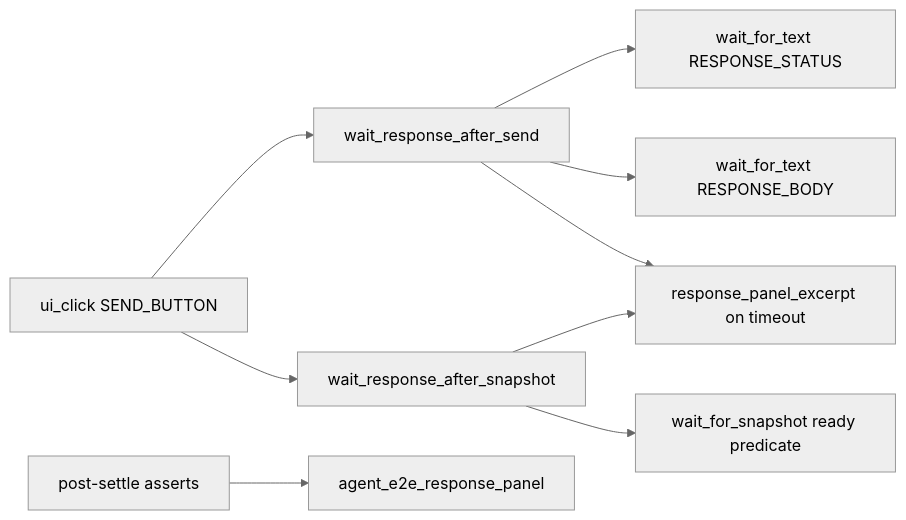
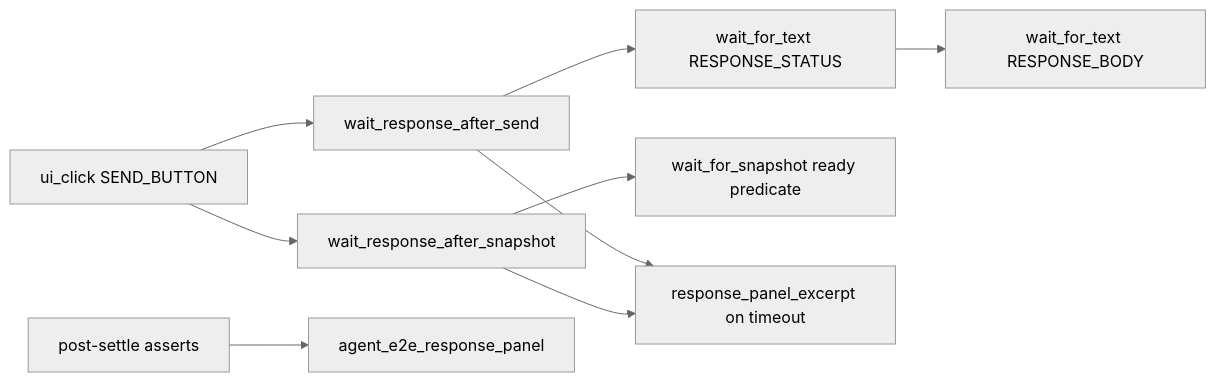
The diagram in doc/dev/agent_e2e_send_settle.md (koctep/pypost), drawn with Mermaid (neutral theme) before and after one commit. The commit also changed other lines of this file and 10 other files, not shown here.

````diff
--- a/doc/dev/agent_e2e_send_settle.md
+++ b/doc/dev/agent_e2e_send_settle.md
@@ -23,11 +23,11 @@
 ```mermaid
 flowchart LR
   Send[ui_click SEND_BUTTON] --> Text[wait_response_after_send]
   Send --> Snap[wait_response_after_snapshot]
   Text --> Status[wait_for_text RESPONSE_STATUS]
-  Text --> Body[wait_for_text RESPONSE_BODY]
+  Status --> Body[wait_for_text RESPONSE_BODY]
   Snap --> Snapshot[wait_for_snapshot ready predicate]
   Text --> Diag[response_panel_excerpt on timeout]
   Snap --> Diag
   Assert[post-settle asserts] --> Panel[agent_e2e_response_panel]
 ```
````
